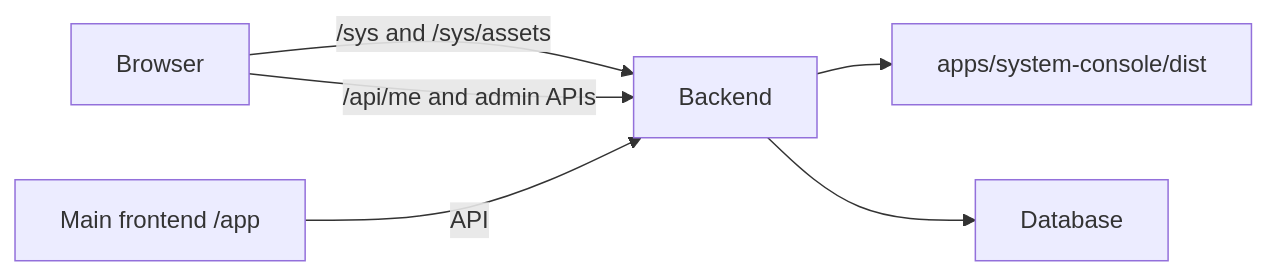
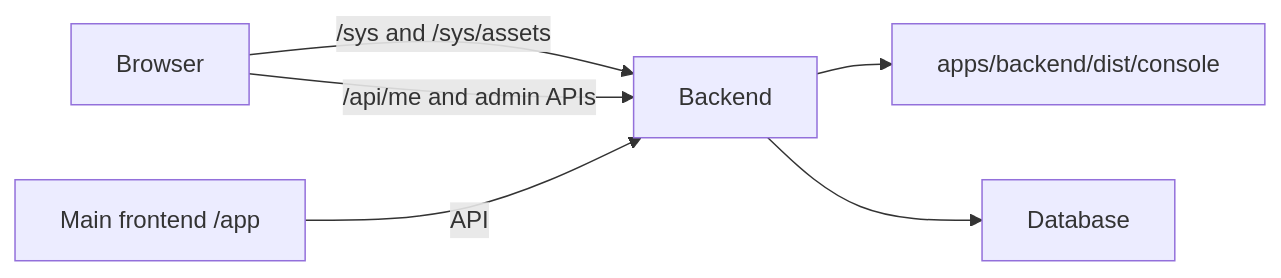
The diagram in docs/architecture/system-console.md (adhityacl/NEW-CLM), drawn with Mermaid before and after one commit. The commit also changed other lines of this file and 40 other files, not shown here.

Commit message:
feat: integrate system console into backend and add SQLite backups

````diff
--- a/docs/architecture/system-console.md
+++ b/docs/architecture/system-console.md
@@ -5,8 +5,8 @@
 ```mermaid
 flowchart LR
   Browser -->|/sys and /sys/assets| Backend
-  Backend --> Console[apps/system-console/dist]
+  Backend --> Console[apps/backend/dist/console]
   Browser -->|/api/me and admin APIs| Backend
   Workspace[Main frontend /app] -->|API| Backend
   Backend --> Database
 ```
````
